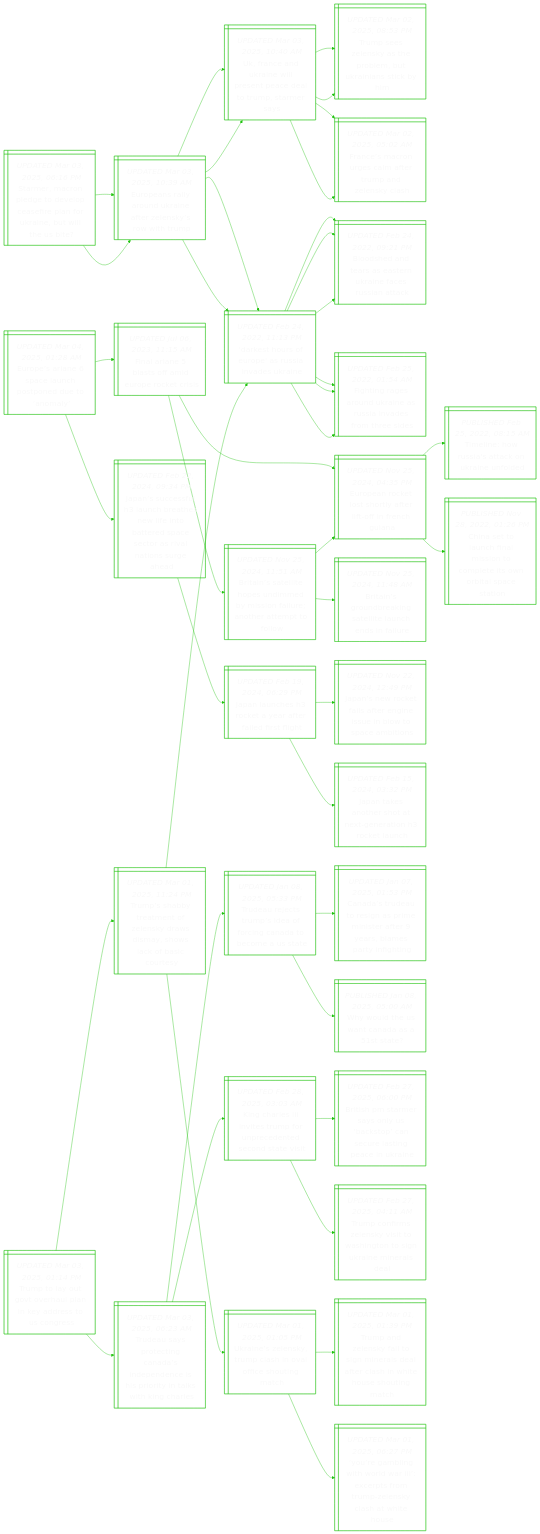
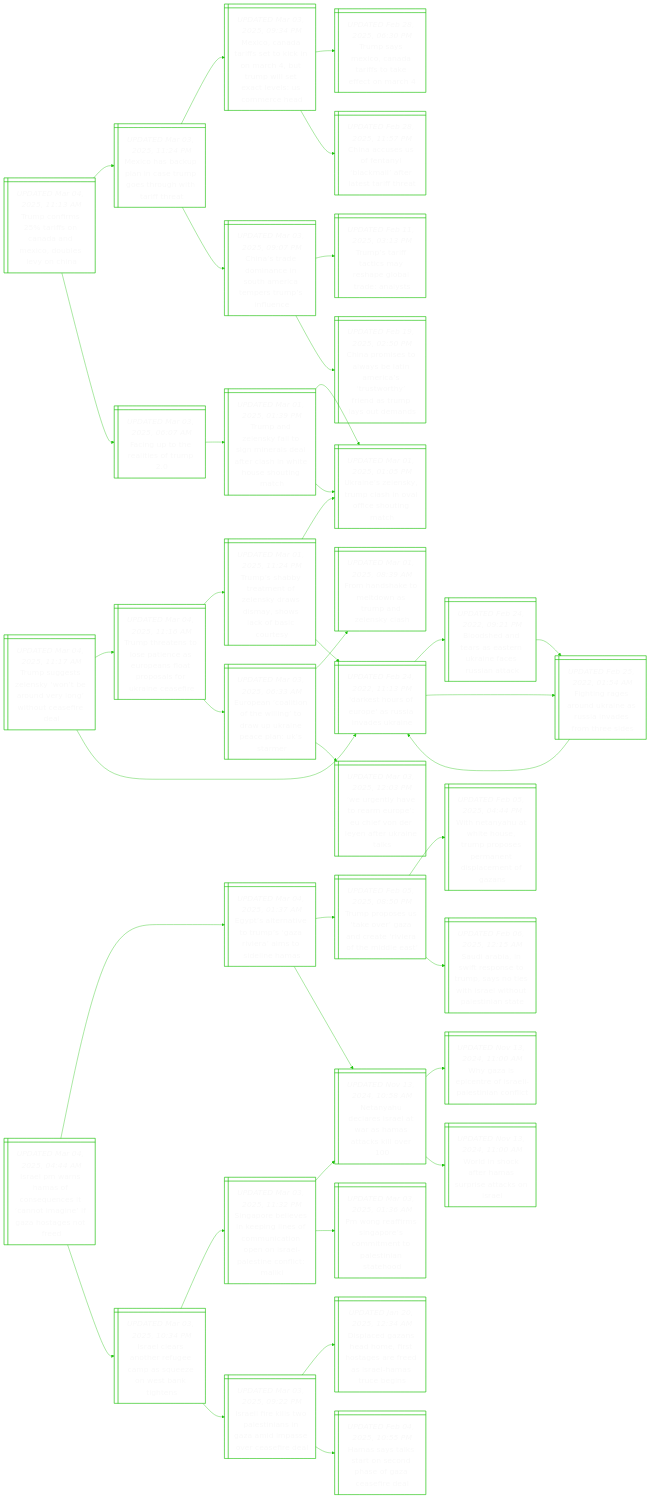
Before and after one commit to notJmes/notJmes: the diagram in README.md, drawn with Mermaid. The commit also changed other lines of this file, not shown here.

````diff
--- a/README.md
+++ b/README.md
@@ -16,133 +16,127 @@
 flowchart LR
 classDef txtsize font-size:20px;
 
-Sereolarnkeiet@{ shape: win-pane, label: "_UPDATED Mar 03, 2025, 06:16 PM_
-Starmer, macron pledge to develop ceasefire plan for ukraine, but will the us bite?" }
-EearUneesiu@{ shape: win-pane, label: "_UPDATED Mar 03, 2025, 10:39 AM_
-Europeans rally around ukraine after zelensky’s row with trump" }
-UndilseeTSes@{ shape: win-pane, label: "_UPDATED Mar 03, 2025, 10:40 AM_
-Uk, france and ukraine will present peace deal to trump, starmer says" }
-Tsekhbuanci@{ shape: win-pane, label: "_UPDATED Mar 02, 2025, 08:53 PM_
-Trump sees zelensky as the problem, but ukrainians stick by him" }
-FerglemZsa@{ shape: win-pane, label: "_UPDATED Mar 02, 2025, 05:02 AM_
-France’s macron urges calm after trump and zelensky clash" }
+TcrroadcbeC@{ shape: win-pane, label: "_UPDATED Mar 04, 2025, 11:13 AM_
+Trump confirms 25% tariffs on canada and mexico, doubles levy on china" }
+MoapnTghhtfa@{ shape: win-pane, label: "_UPDATED Mar 03, 2025, 11:24 PM_
+Mexico has backup plan in case trump goes through with tariff threat" }
+ModieiocTwececra@{ shape: win-pane, label: "_UPDATED Mar 03, 2025, 09:34 PM_
+Mexico, canada tariffs set to kick in on march 4, but trump will set exact levels: us commerce head" }
+TseCaftfoc@{ shape: win-pane, label: "_UPDATED Feb 28, 2025, 06:30 PM_
+Trump says mexico, canada tariffs to take effect on march 4" }
+Caefalattatt@{ shape: win-pane, label: "_UPDATED Feb 28, 2025, 11:57 PM_
+China accuses us of fentanyl ‘blackmail’ after latest tariff threat" }
+Csenitresple@{ shape: win-pane, label: "_UPDATED Mar 03, 2025, 09:07 PM_
+China’s trade dominance in south america tempers trump’s influence" }
+TsftahltAs@{ shape: win-pane, label: "_UPDATED Feb 11, 2025, 03:13 PM_
+Trump’s tariff tactics may reshape global trade: analysts" }
+CpsastestheTlua@{ shape: win-pane, label: "_UPDATED Feb 19, 2025, 02:50 PM_
+China promises to always be latin america’s ‘trustworthy’ friend as trump lays out demands" }
+Fgtaer@{ shape: win-pane, label: "_UPDATED Mar 03, 2025, 06:07 AM_
+Facing up to the realities of trump 2.0" }
+TalytnretaWHsit@{ shape: win-pane, label: "_UPDATED Mar 01, 2025, 01:39 PM_
+Trump and zelensky fail to sign minerals deal after clash in white house shouting match" }
+Unlyphaiogh@{ shape: win-pane, label: "_UPDATED Mar 01, 2025, 01:05 PM_
+Ukraine’s zelensky, trump clash in oval office shouting match" }
+Unlyphaiogh@{ shape: win-pane, label: "_UPDATED Mar 01, 2025, 01:05 PM_
+Ukraine’s zelensky, trump clash in oval office shouting match" }
+
+TcrroadcbeC:::txtsize --> MoapnTghhtfa:::txtsize
+MoapnTghhtfa:::txtsize --> ModieiocTwececra:::txtsize
+ModieiocTwececra:::txtsize --> TseCaftfoc:::txtsize
+ModieiocTwececra:::txtsize --> Caefalattatt:::txtsize
+MoapnTghhtfa:::txtsize --> Csenitresple:::txtsize
+Csenitresple:::txtsize --> TsftahltAs:::txtsize
+Csenitresple:::txtsize --> CpsastestheTlua:::txtsize
+TcrroadcbeC:::txtsize --> Fgtaer:::txtsize
+Fgtaer:::txtsize --> TalytnretaWHsit:::txtsize
+TalytnretaWHsit:::txtsize --> Unlyphaiogh:::txtsize
+TalytnretaWHsit:::txtsize --> Unlyphaiogh:::txtsize
+
+Tsslyburgoarl@{ shape: win-pane, label: "_UPDATED Mar 04, 2025, 11:17 AM_
+Trump suggests zelensky ‘won’t be around very long’ without ceasefire deal" }
+TttopnEelrariar@{ shape: win-pane, label: "_UPDATED Mar 04, 2025, 11:16 AM_
+Trump threatens to lose patience as europeans float proposals for ukraine ceasefire" }
+Tsbatlysawksuy@{ shape: win-pane, label: "_UPDATED Mar 01, 2025, 11:24 PM_
+Trump’s shabby treatment of zelensky draws dismay, shows lack of basic courtesy" }
+Unlyphaiogh@{ shape: win-pane, label: "_UPDATED Mar 01, 2025, 01:05 PM_
+Ukraine’s zelensky, trump clash in oval office shouting match" }
+DsruasvUn@{ shape: win-pane, label: "_UPDATED Feb 24, 2022, 11:13 PM_
+'darkest hours of europe' as russia invades ukraine" }
+Eeaohlouaelsm@{ shape: win-pane, label: "_UPDATED Mar 03, 2025, 06:33 AM_
+European ‘coalition of the willing’ to draw up ukraine peace plan: uk’s starmer" }
+FaamoTalyh@{ shape: win-pane, label: "_UPDATED Mar 01, 2025, 08:39 AM_
+From handshake to meltdown as trump and zelensky clash" }
+WehomphoLaUnk@{ shape: win-pane, label: "_UPDATED Mar 03, 2025, 12:03 PM_
+‘we urgently have to rearm europe’: eu chief von der leyen after ukraine talks" }
 DsruasvUn@{ shape: win-pane, label: "_UPDATED Feb 24, 2022, 11:13 PM_
 'darkest hours of europe' as russia invades ukraine" }
 Bsnranicsak@{ shape: win-pane, label: "_UPDATED Feb 24, 2022, 09:21 PM_
 Bloodshed and tears as eastern ukraine faces russian attack" }
 Figokesnsts@{ shape: win-pane, label: "_UPDATED Feb 25, 2022, 01:54 AM_
 Fighting rages around ukraine as russia invades from three sides" }
-EearUneesiu@{ shape: win-pane, label: "_UPDATED Mar 03, 2025, 10:39 AM_
-Europeans rally around ukraine after zelensky’s row with trump" }
-UndilseeTSes@{ shape: win-pane, label: "_UPDATED Mar 03, 2025, 10:40 AM_
-Uk, france and ukraine will present peace deal to trump, starmer says" }
-Tsekhbuanci@{ shape: win-pane, label: "_UPDATED Mar 02, 2025, 08:53 PM_
-Trump sees zelensky as the problem, but ukrainians stick by him" }
-FerglemZsa@{ shape: win-pane, label: "_UPDATED Mar 02, 2025, 05:02 AM_
-France’s macron urges calm after trump and zelensky clash" }
+Figokesnsts@{ shape: win-pane, label: "_UPDATED Feb 25, 2022, 01:54 AM_
+Fighting rages around ukraine as russia invades from three sides" }
 DsruasvUn@{ shape: win-pane, label: "_UPDATED Feb 24, 2022, 11:13 PM_
 'darkest hours of europe' as russia invades ukraine" }
-Bsnranicsak@{ shape: win-pane, label: "_UPDATED Feb 24, 2022, 09:21 PM_
-Bloodshed and tears as eastern ukraine faces russian attack" }
-Figokesnsts@{ shape: win-pane, label: "_UPDATED Feb 25, 2022, 01:54 AM_
-Fighting rages around ukraine as russia invades from three sides" }
 
-Sereolarnkeiet:::txtsize --> EearUneesiu:::txtsize
-EearUneesiu:::txtsize --> UndilseeTSes:::txtsize
-UndilseeTSes:::txtsize --> Tsekhbuanci:::txtsize
-UndilseeTSes:::txtsize --> FerglemZsa:::txtsize
-EearUneesiu:::txtsize --> DsruasvUn:::txtsize
+Tsslyburgoarl:::txtsize --> TttopnEelrariar:::txtsize
+TttopnEelrariar:::txtsize --> Tsbatlysawksuy:::txtsize
+Tsbatlysawksuy:::txtsize --> Unlyphaiogh:::txtsize
+Tsbatlysawksuy:::txtsize --> DsruasvUn:::txtsize
+TttopnEelrariar:::txtsize --> Eeaohlouaelsm:::txtsize
+Eeaohlouaelsm:::txtsize --> FaamoTalyh:::txtsize
+Eeaohlouaelsm:::txtsize --> WehomphoLaUnk:::txtsize
+Tsslyburgoarl:::txtsize --> DsruasvUn:::txtsize
 DsruasvUn:::txtsize --> Bsnranicsak:::txtsize
+Bsnranicsak:::txtsize --> Figokesnsts:::txtsize
 DsruasvUn:::txtsize --> Figokesnsts:::txtsize
-Sereolarnkeiet:::txtsize --> EearUneesiu:::txtsize
-EearUneesiu:::txtsize --> UndilseeTSes:::txtsize
-UndilseeTSes:::txtsize --> Tsekhbuanci:::txtsize
-UndilseeTSes:::txtsize --> FerglemZsa:::txtsize
-EearUneesiu:::txtsize --> DsruasvUn:::txtsize
-DsruasvUn:::txtsize --> Bsnranicsak:::txtsize
-DsruasvUn:::txtsize --> Figokesnsts:::txtsize
+Figokesnsts:::txtsize --> DsruasvUn:::txtsize
 
-Eeaauoneo@{ shape: win-pane, label: "_UPDATED Mar 04, 2025, 01:28 AM_
-Europe’s ariane 6 space launch postponed due to ‘anomaly’" }
-FAetaurti@{ shape: win-pane, label: "_UPDATED Jul 06, 2023, 11:15 AM_
-Final ariane 5 blasts off amid europe rocket crisis" }
-EecooalfrGa@{ shape: win-pane, label: "_UPDATED Nov 25, 2024, 04:35 PM_
-European rocket lost shortly after lift-off in french guiana" }
-Tiwitnifd@{ shape: win-pane, label: "_PUBLISHED Feb 25, 2022, 08:15 AM_
-Timeline: how russia's attack on ukraine unfolded" }
-Cslhlicesrlei@{ shape: win-pane, label: "_PUBLISHED Nov 28, 2022, 01:26 PM_
-China set to launch final mission to complete its own orbital space station" }
-Bitteibsaehttl@{ shape: win-pane, label: "_UPDATED Nov 25, 2024, 11:51 AM_
-Britain’s satellite hopes undimmed by mission failure; another attempt to follow" }
-Biorneecsi@{ shape: win-pane, label: "_UPDATED Nov 25, 2024, 11:48 AM_
-Britain’s groundbreaking satellite launch ends in failure" }
-EecooalfrGa@{ shape: win-pane, label: "_UPDATED Nov 25, 2024, 04:35 PM_
-European rocket lost shortly after lift-off in french guiana" }
-Jselnesittssrvtsa@{ shape: win-pane, label: "_UPDATED Feb 22, 2024, 09:34 PM_
-Japan’s successful h3 launch breathes new life into battered space sector as rival nations surge ahead" }
-Jlhoaafdth@{ shape: win-pane, label: "_UPDATED Feb 19, 2024, 06:29 PM_
-Japan launches h3 rocket a year after failed first flight" }
-Jsofaeeeopmo@{ shape: win-pane, label: "_UPDATED Nov 22, 2024, 12:49 PM_
-Japan’s new rocket fails after engine issue in blow to space ambitions" }
-Jtaetxeoca@{ shape: win-pane, label: "_UPDATED Feb 15, 2024, 03:32 PM_
-Japan takes another shot at next-generation h3 rocket launch" }
+Ilrmcqeainassr@{ shape: win-pane, label: "_UPDATED Mar 04, 2025, 04:44 AM_
+Israel pm warns hamas of consequences it ‘cannot imagine’ if gaza hostages not freed" }
+EsrvrGiateH@{ shape: win-pane, label: "_UPDATED Mar 04, 2025, 01:37 AM_
+Egypt’s alternative to trump’s ‘gaza riviera’ aims to sideline hamas" }
+Tpstvzceetda@{ shape: win-pane, label: "_UPDATED Feb 05, 2025, 08:50 PM_
+Trump proposes us ‘take over’ gaza and create ‘riviera of the middle east’" }
+WeaWHTpsrnpmfn@{ shape: win-pane, label: "_UPDATED Feb 05, 2025, 04:44 PM_
+With netanyahu at white house, trump proposes permanent displacement of gazans" }
+SAaiseuyitatPtne@{ shape: win-pane, label: "_UPDATED Feb 06, 2025, 12:15 AM_
+Saudi arabia, in swift response to trump, says no ties with israel without palestinian state" }
+NyeeawHakl@{ shape: win-pane, label: "_UPDATED Nov 13, 2024, 10:58 AM_
+Netanyahu declares israel at war as hamas attacks kill over 100" }
+WzptIleint@{ shape: win-pane, label: "_UPDATED Nov 13, 2024, 11:00 AM_
+Why gaza is epicentre of israeli-palestinian conflict" }
+Wiceapaks@{ shape: win-pane, label: "_UPDATED Nov 13, 2024, 11:00 AM_
+World in shock after hamas surprise attacks on israel" }
+IlrteeaenBin@{ shape: win-pane, label: "_UPDATED Mar 03, 2025, 10:34 PM_
+Israel clears another refugee camp as squeeze on west bank tightens" }
+SpeeegsmcnoalnfMi@{ shape: win-pane, label: "_UPDATED Mar 03, 2025, 11:32 PM_
+Singapore believes in keeping lines of communication open on israel-palestine conflict: maliki" }
+NyeeawHakl@{ shape: win-pane, label: "_UPDATED Nov 13, 2024, 10:58 AM_
+Netanyahu declares israel at war as hamas attacks kill over 100" }
+PgfSpctteiao@{ shape: win-pane, label: "_UPDATED Mar 03, 2025, 01:36 AM_
+Pm wong reaffirms singapore’s commitment to palestinian statehood" }
+Ilesaiszdsese@{ shape: win-pane, label: "_UPDATED Mar 03, 2025, 09:22 PM_
+Israeli fire kills two palestinians in gaza amid impasse over ceasefire deal" }
+Daahorssrseaci@{ shape: win-pane, label: "_UPDATED Jan 20, 2025, 12:34 AM_
+Displaced gazans head home, first hostages are freed as israel-hamas truce begins" }
+Hsatnnsaarl@{ shape: win-pane, label: "_UPDATED Feb 04, 2025, 10:55 PM_
+Hamas says talks start on second phase of gaza ceasefire deal" }
 
-Eeaauoneo:::txtsize --> FAetaurti:::txtsize
-FAetaurti:::txtsize --> EecooalfrGa:::txtsize
-EecooalfrGa:::txtsize --> Tiwitnifd:::txtsize
-EecooalfrGa:::txtsize --> Cslhlicesrlei:::txtsize
-FAetaurti:::txtsize --> Bitteibsaehttl:::txtsize
-Bitteibsaehttl:::txtsize --> Biorneecsi:::txtsize
-Bitteibsaehttl:::txtsize --> EecooalfrGa:::txtsize
-Eeaauoneo:::txtsize --> Jselnesittssrvtsa:::txtsize
-Jselnesittssrvtsa:::txtsize --> Jlhoaafdth:::txtsize
-Jlhoaafdth:::txtsize --> Jsofaeeeopmo:::txtsize
-Jlhoaafdth:::txtsize --> Jtaetxeoca:::txtsize
-
-TtovrpndsCe@{ shape: win-pane, label: "_UPDATED Mar 03, 2025, 01:14 PM_
-Trump to lay out govt overhaul plan in key address to us congress" }
-Tasegdddipitwia@{ shape: win-pane, label: "_UPDATED Mar 03, 2025, 06:23 AM_
-Trudeau says protecting canada’s independence is his priority in talks with king charles" }
-Taerifinoms@{ shape: win-pane, label: "_UPDATED Jan 08, 2025, 05:33 PM_
-Trudeau rejects trump’s idea of forcing canada to become a us state" }
-Cadogrieermrfi@{ shape: win-pane, label: "_UPDATED Jan 07, 2025, 01:53 PM_
-Canada’s trudeau to resign as prime minister after 9 years, blames party infighting" }
-Wuenaaa@{ shape: win-pane, label: "_PUBLISHED Jan 08, 2025, 05:00 AM_
-Why would the us want canada as a 51st state?" }
-Khsnspneeoas@{ shape: win-pane, label: "_UPDATED Feb 28, 2025, 03:03 AM_
-King charles iii invites trump for unprecedented second state visit" }
-BstroSsauspia@{ shape: win-pane, label: "_UPDATED Feb 27, 2025, 06:00 PM_
-British pm starmer says only us ‘backstop’ can secure lasting peace in ukraine" }
-Tcrlytstskere@{ shape: win-pane, label: "_UPDATED Feb 27, 2025, 04:11 AM_
-Trump confirms zelensky visit to washington to sign ukraine minerals deal" }
-Tsbatlysawksuy@{ shape: win-pane, label: "_UPDATED Mar 01, 2025, 11:24 PM_
-Trump’s shabby treatment of zelensky draws dismay, shows lack of basic courtesy" }
-Unlyphaiogh@{ shape: win-pane, label: "_UPDATED Mar 01, 2025, 01:05 PM_
-Ukraine’s zelensky, trump clash in oval office shouting match" }
-TalytnretaWHsit@{ shape: win-pane, label: "_UPDATED Mar 01, 2025, 01:39 PM_
-Trump and zelensky fail to sign minerals deal after clash in white house shouting match" }
-YgitlIcsTZsaWH@{ shape: win-pane, label: "_UPDATED Mar 01, 2025, 06:27 PM_
-‘you’re gambling with world war iii’: excerpts from trump-zelensky clash at white house" }
-DsruasvUn@{ shape: win-pane, label: "_UPDATED Feb 24, 2022, 11:13 PM_
-'darkest hours of europe' as russia invades ukraine" }
-Bsnranicsak@{ shape: win-pane, label: "_UPDATED Feb 24, 2022, 09:21 PM_
-Bloodshed and tears as eastern ukraine faces russian attack" }
-Figokesnsts@{ shape: win-pane, label: "_UPDATED Feb 25, 2022, 01:54 AM_
-Fighting rages around ukraine as russia invades from three sides" }
-
-TtovrpndsCe:::txtsize --> Tasegdddipitwia:::txtsize
-Tasegdddipitwia:::txtsize --> Taerifinoms:::txtsize
-Taerifinoms:::txtsize --> Cadogrieermrfi:::txtsize
-Taerifinoms:::txtsize --> Wuenaaa:::txtsize
-Tasegdddipitwia:::txtsize --> Khsnspneeoas:::txtsize
-Khsnspneeoas:::txtsize --> BstroSsauspia:::txtsize
-Khsnspneeoas:::txtsize --> Tcrlytstskere:::txtsize
-TtovrpndsCe:::txtsize --> Tsbatlysawksuy:::txtsize
-Tsbatlysawksuy:::txtsize --> Unlyphaiogh:::txtsize
-Unlyphaiogh:::txtsize --> TalytnretaWHsit:::txtsize
-Unlyphaiogh:::txtsize --> YgitlIcsTZsaWH:::txtsize
-Tsbatlysawksuy:::txtsize --> DsruasvUn:::txtsize
-DsruasvUn:::txtsize --> Bsnranicsak:::txtsize
-DsruasvUn:::txtsize --> Figokesnsts:::txtsize
+Ilrmcqeainassr:::txtsize --> EsrvrGiateH:::txtsize
+EsrvrGiateH:::txtsize --> Tpstvzceetda:::txtsize
+Tpstvzceetda:::txtsize --> WeaWHTpsrnpmfn:::txtsize
+Tpstvzceetda:::txtsize --> SAaiseuyitatPtne:::txtsize
+EsrvrGiateH:::txtsize --> NyeeawHakl:::txtsize
+NyeeawHakl:::txtsize --> WzptIleint:::txtsize
+NyeeawHakl:::txtsize --> Wiceapaks:::txtsize
+Ilrmcqeainassr:::txtsize --> IlrteeaenBin:::txtsize
+IlrteeaenBin:::txtsize --> SpeeegsmcnoalnfMi:::txtsize
+SpeeegsmcnoalnfMi:::txtsize --> NyeeawHakl:::txtsize
+SpeeegsmcnoalnfMi:::txtsize --> PgfSpctteiao:::txtsize
+IlrteeaenBin:::txtsize --> Ilesaiszdsese:::txtsize
+Ilesaiszdsese:::txtsize --> Daahorssrseaci:::txtsize
+Ilesaiszdsese:::txtsize --> Hsatnnsaarl:::txtsize
 
 ```
````
